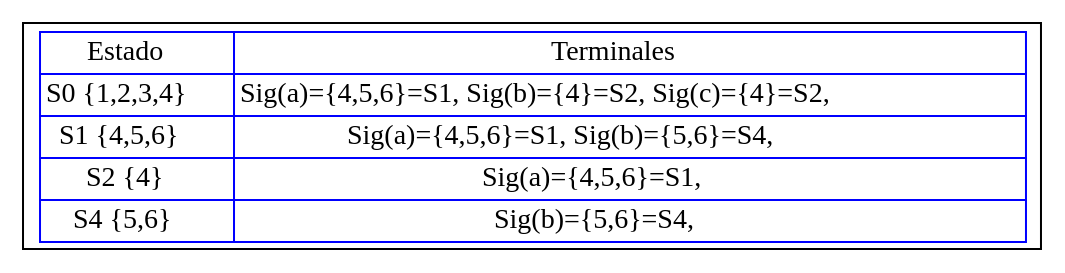
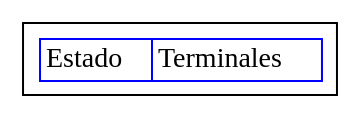
One commit to Racs0XD/-OLC1-Proyecto1_201603028 changed the diagram in Py1_201603028/build/classes/TRANSICIONES_201603028/PRUEBA.dot. Above: the diagram before and after it, drawn with Graphviz. The commit also changed 39 other files, not shown here.

```diff
--- a/Py1_201603028/build/classes/TRANSICIONES_201603028/PRUEBA.dot
+++ b/Py1_201603028/build/classes/TRANSICIONES_201603028/PRUEBA.dot
@@ -1,19 +1,11 @@
 digraph G{
 rankdir=UD
 node[shape=box]
 concentrate=true
 nodo0 [ label =<<table border='0' cellborder='1' color='blue' cellspacing='0'>
 <tr><td>Estado</td><td>Terminales</td></tr>
 
-<tr><td>S0 {1,2,3,4}</td><td>Sig(a)={4,5,6}=S1, Sig(b)={4}=S2, Sig(c)={4}=S2, </td></tr>
-
-<tr><td>S1 {4,5,6}</td><td>Sig(a)={4,5,6}=S1, Sig(b)={5,6}=S4, </td></tr>
-
-<tr><td>S2 {4}</td><td>Sig(a)={4,5,6}=S1, </td></tr>
-
-<tr><td>S4 {5,6}</td><td>Sig(b)={5,6}=S4, </td></tr>
-
 </table>
 >];
 
 }
```
